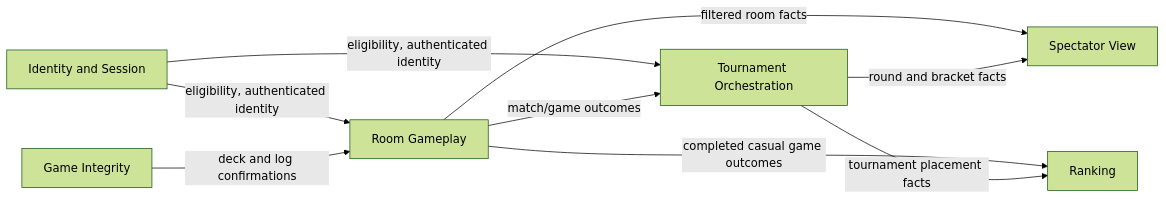
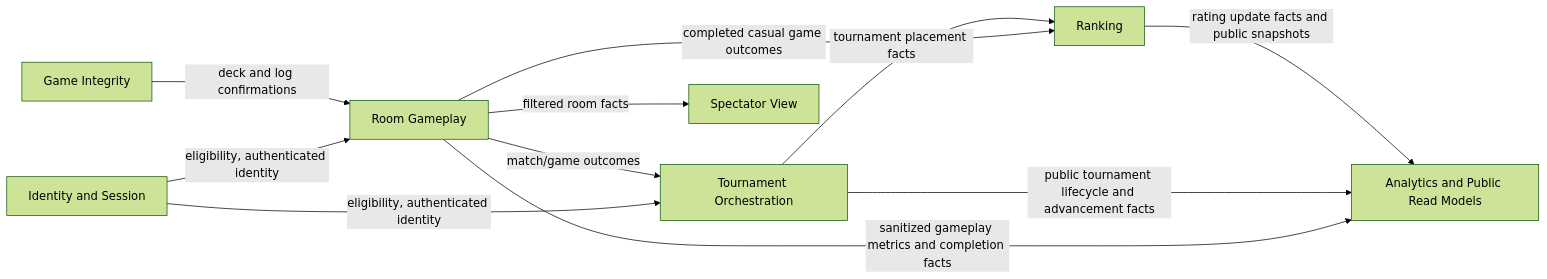
Before and after one commit to FSendot/uno-arena: the diagram in docs/02-bounded-contexts-and-context-map.md, drawn with Mermaid (forest theme). The commit also changed other lines of this file and 26 other files, not shown here.

````diff
--- a/docs/02-bounded-contexts-and-context-map.md
+++ b/docs/02-bounded-contexts-and-context-map.md
@@ -100,18 +114,21 @@
 ```mermaid
 flowchart LR
     IS["Identity and Session"]
     RG["Room Gameplay"]
     GI["Game Integrity"]
     TO["Tournament Orchestration"]
     RK["Ranking"]
     SV["Spectator View"]
+    AN["Analytics and Public Read Models"]
 
     IS -->|eligibility, authenticated identity| RG
     IS -->|eligibility, authenticated identity| TO
     GI -->|deck and log confirmations| RG
     RG -->|match/game outcomes| TO
     RG -->|completed casual game outcomes| RK
     RG -->|filtered room facts| SV
-    TO -->|round and bracket facts| SV
+    RG -->|sanitized gameplay metrics and completion facts| AN
     TO -->|tournament placement facts| RK
+    TO -->|public tournament lifecycle and advancement facts| AN
+    RK -->|rating update facts and public snapshots| AN
 ```
````
